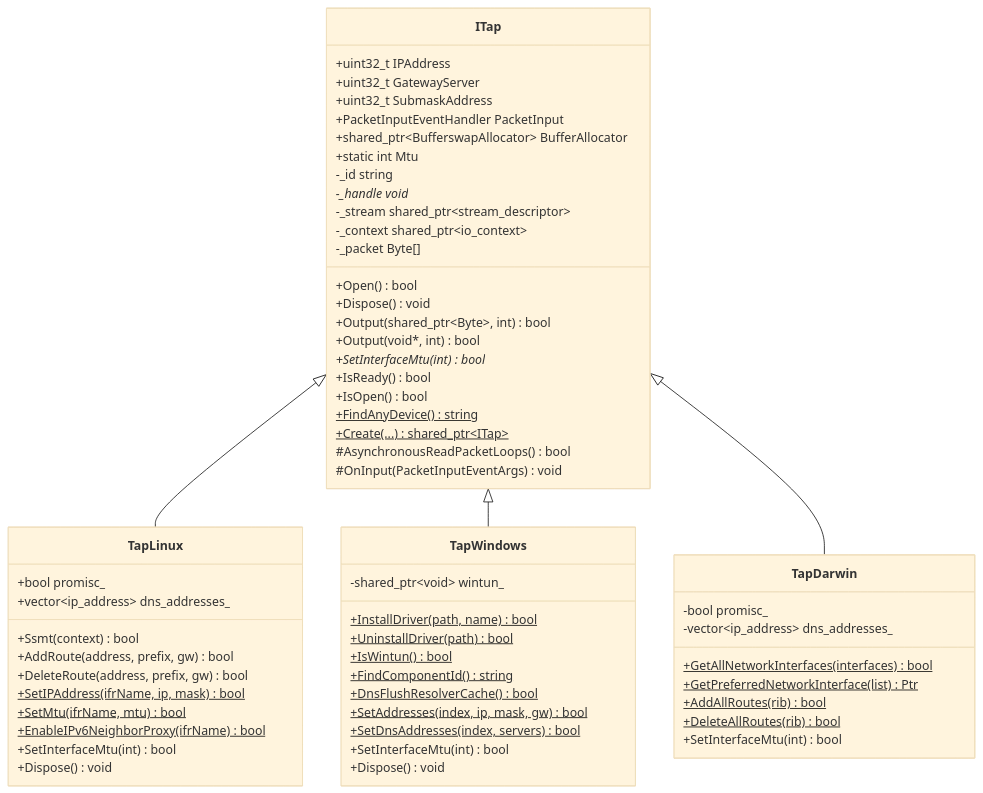
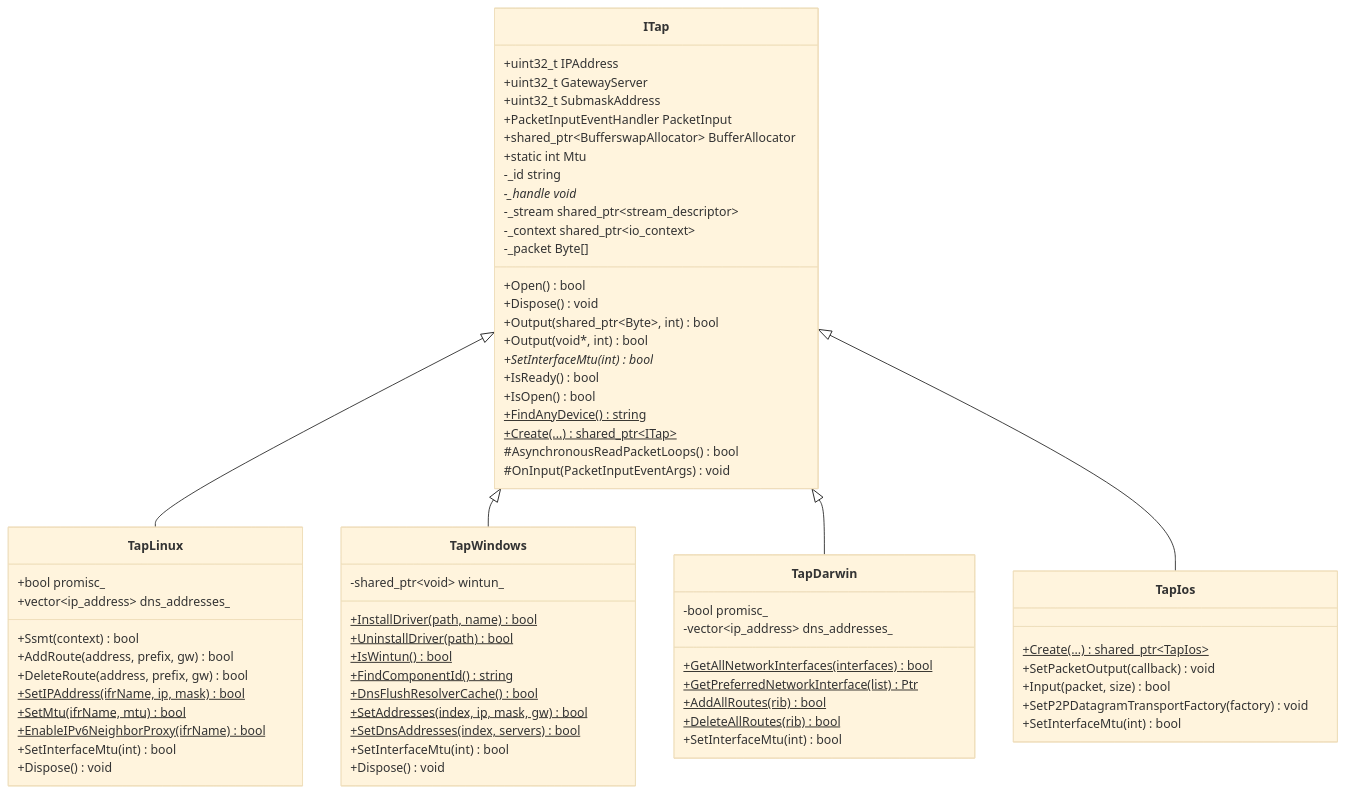
The second of 5 diagrams in docs/guides/PLATFORMS.md (rebecca554owen/openppp2), drawn with Mermaid (base theme) before and after one commit. The commit also changed other lines of this file and 34 other files, not shown here.

````diff
--- a/docs/guides/PLATFORMS.md
+++ b/docs/guides/PLATFORMS.md
@@ -87,67 +107,76 @@
 ```mermaid
 classDiagram
     class ITap {
         +uint32_t IPAddress
         +uint32_t GatewayServer
         +uint32_t SubmaskAddress
         +PacketInputEventHandler PacketInput
         +shared_ptr~BufferswapAllocator~ BufferAllocator
         +static int Mtu
         +Open() bool
         +Dispose() void
         +Output(shared_ptr~Byte~, int) bool
         +Output(void*, int) bool
         +SetInterfaceMtu(int) bool*
         +IsReady() bool
         +IsOpen() bool
         +FindAnyDevice()$ string
         +Create(...)$ shared_ptr~ITap~
         #AsynchronousReadPacketLoops() bool
         #OnInput(PacketInputEventArgs) void
         -_id string
         -_handle void*
         -_stream shared_ptr~stream_descriptor~
         -_context shared_ptr~io_context~
         -_packet Byte[]
     }
 
     class TapLinux {
         +bool promisc_
         +vector~ip_address~ dns_addresses_
         +Ssmt(context) bool
         +AddRoute(address, prefix, gw) bool
         +DeleteRoute(address, prefix, gw) bool
         +SetIPAddress(ifrName, ip, mask)$ bool
         +SetMtu(ifrName, mtu)$ bool
         +EnableIPv6NeighborProxy(ifrName)$ bool
         +SetInterfaceMtu(int) bool
         +Dispose() void
     }
 
     class TapWindows {
         -shared_ptr~void~ wintun_
         +InstallDriver(path, name)$ bool
         +UninstallDriver(path)$ bool
         +IsWintun()$ bool
         +FindComponentId()$ string
         +DnsFlushResolverCache()$ bool
         +SetAddresses(index, ip, mask, gw)$ bool
         +SetDnsAddresses(index, servers)$ bool
         +SetInterfaceMtu(int) bool
         +Dispose() void
     }
 
     class TapDarwin {
         -bool promisc_
         -vector~ip_address~ dns_addresses_
         +GetAllNetworkInterfaces(interfaces)$ bool
         +GetPreferredNetworkInterface(list)$ Ptr
         +AddAllRoutes(rib)$ bool
         +DeleteAllRoutes(rib)$ bool
         +SetInterfaceMtu(int) bool
     }
 
+    class TapIos {
+        +Create(...)$ shared_ptr~TapIos~
+        +SetPacketOutput(callback) void
+        +Input(packet, size) bool
+        +SetP2PDatagramTransportFactory(factory) void
+        +SetInterfaceMtu(int) bool
+    }
+
     ITap <|-- TapLinux
     ITap <|-- TapWindows
     ITap <|-- TapDarwin
+    ITap <|-- TapIos
 ```
````
